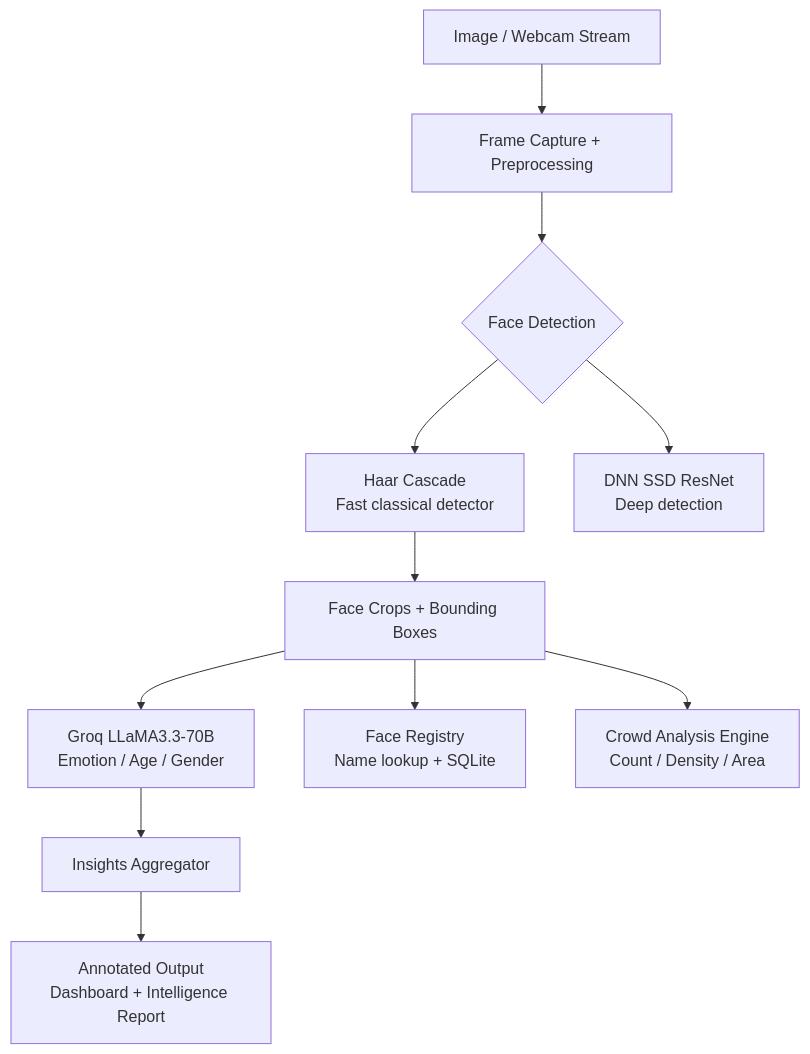
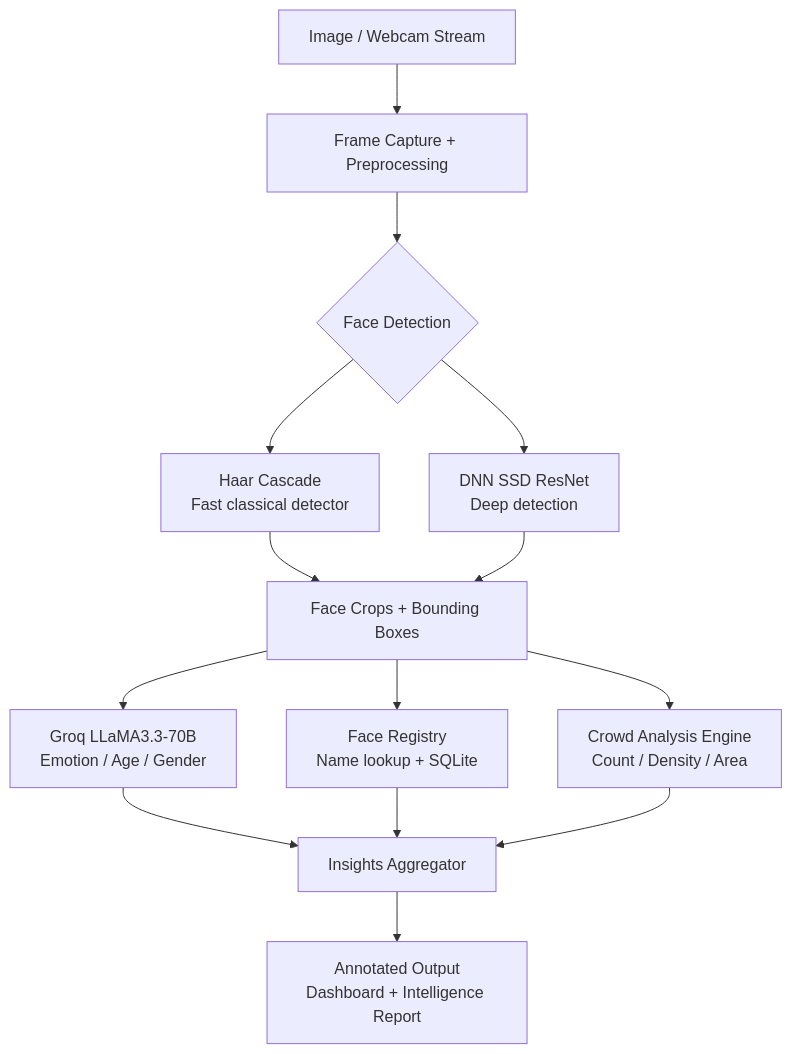
The fifth of 5 diagrams in README.md (dharani25007-code/CODSOFT), drawn with Mermaid before and after one commit. The commit also changed other lines of this file and 5 other files, not shown here.

````diff
--- a/README.md
+++ b/README.md
@@ -318,13 +334,16 @@
 ```mermaid
 flowchart TB
     A["Image / Webcam Stream"] --> B["Frame Capture + Preprocessing"]
     B --> C{Face Detection}
     C --> C1["Haar Cascade<br>Fast classical detector"]
     C --> C2["DNN SSD ResNet<br>Deep detection"]
     C1 --> D["Face Crops + Bounding Boxes"]
+    C2 --> D
     D --> E["Groq LLaMA3.3-70B<br>Emotion / Age / Gender"]
     D --> F["Face Registry<br>Name lookup + SQLite"]
     D --> G["Crowd Analysis Engine<br>Count / Density / Area"]
     E --> H["Insights Aggregator"]
+    F --> H
+    G --> H
     H --> I["Annotated Output<br>Dashboard + Intelligence Report"]
 ```
````
